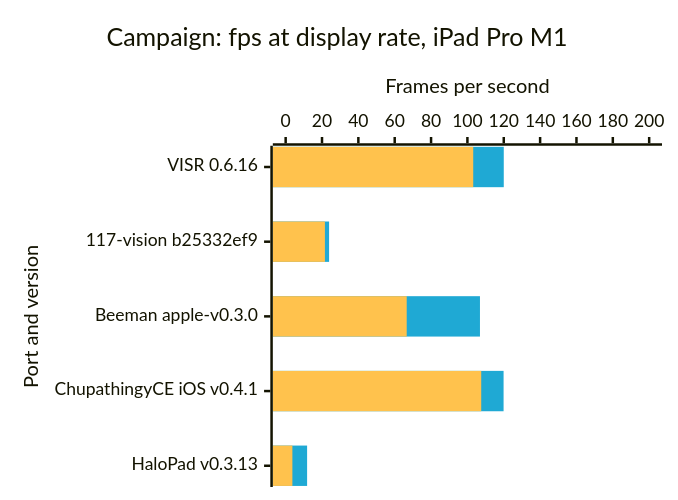
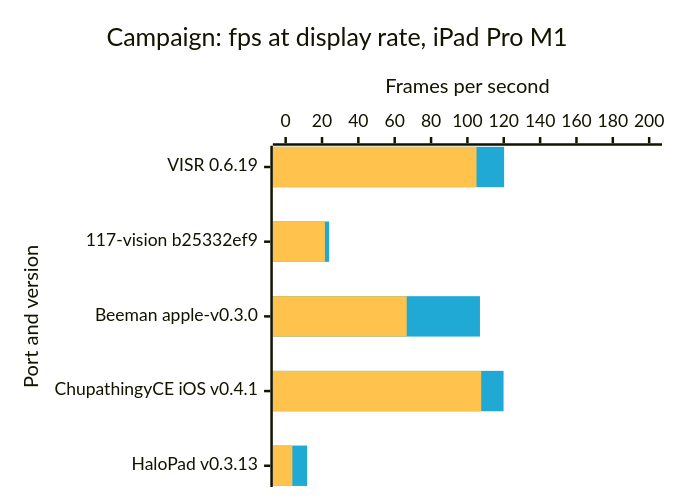
The fourth of 8 diagrams in docs/benchmarks.md (VISR-CE/visr), drawn with Mermaid before and after one commit. The commit also changed other lines of this file and 3 other files, not shown here.

First line of the commit message:
📊 data(benchmark): add VISR 0.6.19 windows for the iPad Pro M1 — eleven campaign and multiplayer windows from two runs of the release build

````diff
--- a/docs/benchmarks.md
+++ b/docs/benchmarks.md
@@ -108,17 +108,17 @@
 ```mermaid
 ---
 config:
   xyChart:
     width: 520
     height: 380
   themeVariables:
     xyChart:
       plotColorPalette: "#1fa9d4, #ffc24d"
 ---
 xychart-beta horizontal
     title "Campaign: fps at display rate, iPad Pro M1"
-    x-axis "Port and version" ["VISR 0.6.16", "117-vision b25332ef9", "Beeman apple-v0.3.0", "ChupathingyCE iOS v0.4.1", "HaloPad v0.3.13"]
+    x-axis "Port and version" ["VISR 0.6.19", "117-vision b25332ef9", "Beeman apple-v0.3.0", "ChupathingyCE iOS v0.4.1", "HaloPad v0.3.13"]
     y-axis "Frames per second" 0 --> 200
-    bar [120, 23.9, 106.9, 119.9, 11.8]
-    bar [103.2, 21.6, 66.6, 107.6, 3.7]
+    bar [120.2, 23.9, 106.9, 119.9, 11.8]
+    bar [105, 21.6, 66.6, 107.6, 3.7]
 ```
````
